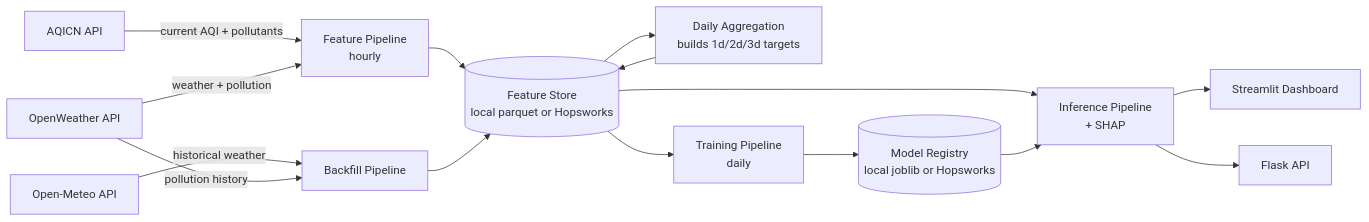
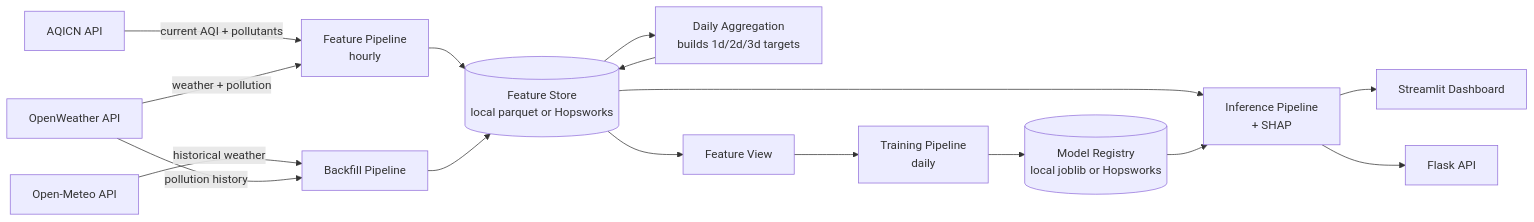
One commit to S-Saif-Ur-Rehman/Islamabad-AQI-Predictor changed the diagram in REPORT.md. Above: the diagram before and after it, drawn with Mermaid. The commit also changed other lines of this file and 1 other file, not shown here.

````diff
--- a/REPORT.md
+++ b/REPORT.md
@@ -14,17 +14,18 @@
 ```mermaid
 flowchart LR
     A[AQICN API] -->|current AQI + pollutants| C[Feature Pipeline<br/>hourly]
     B[OpenWeather API] -->|weather + pollution| C
     G[Open-Meteo API] -->|historical weather| D[Backfill Pipeline]
     B -->|pollution history| D
     C --> FS[(Feature Store<br/>local parquet or Hopsworks)]
     D --> FS
     FS --> AGG[Daily Aggregation<br/>builds 1d/2d/3d targets]
     AGG --> FS
-    FS --> T[Training Pipeline<br/>daily]
+    FS --> FV[Feature View]
+    FV --> T[Training Pipeline<br/>daily]
     T --> MR[(Model Registry<br/>local joblib or Hopsworks)]
     FS --> I[Inference Pipeline<br/>+ SHAP]
     MR --> I
     I --> S[Streamlit Dashboard]
     I --> API[Flask API]
 ```
````
